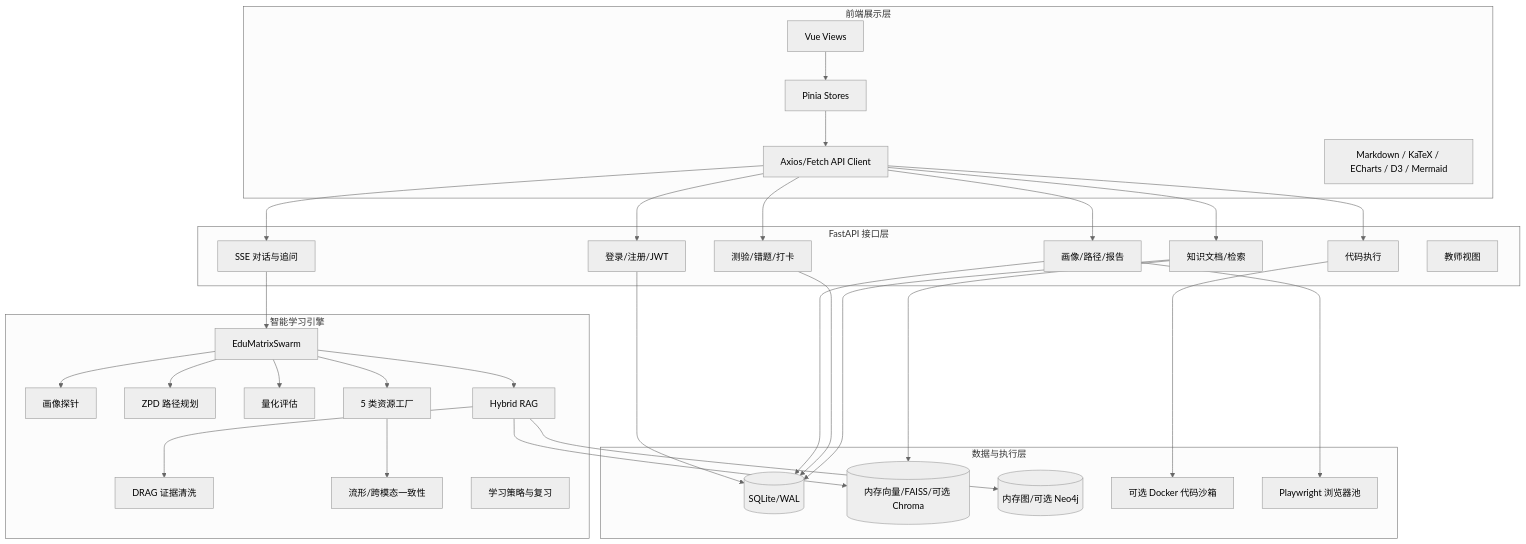
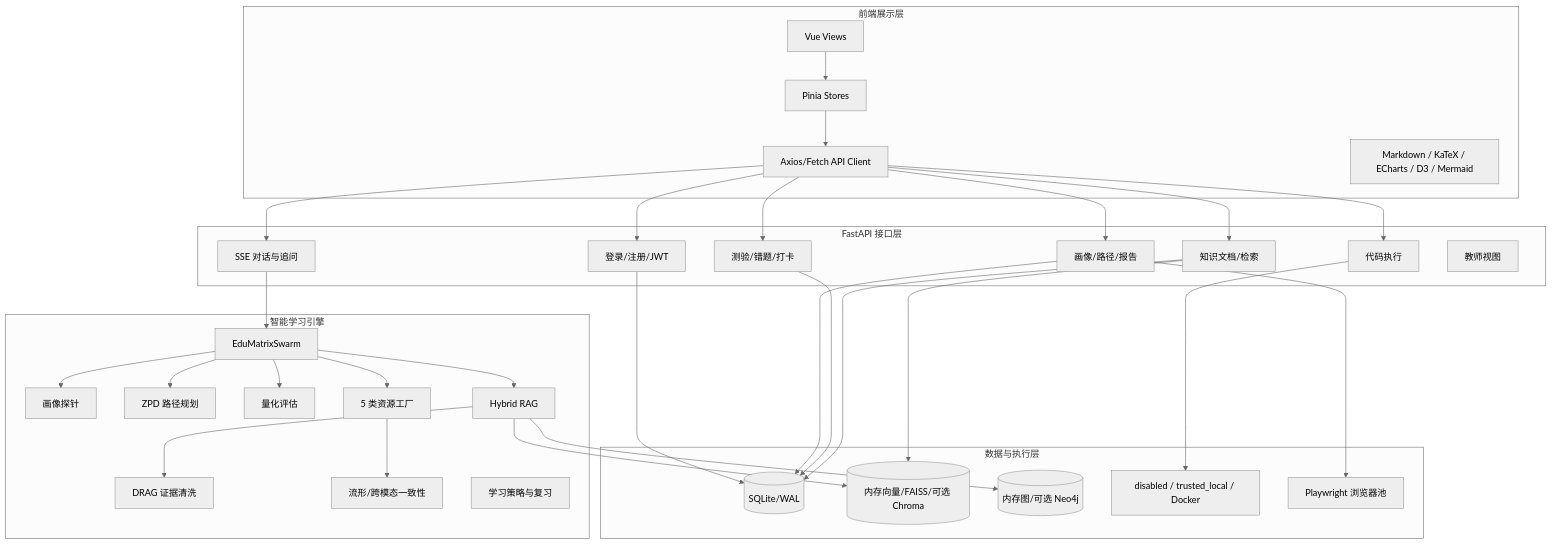
Before and after one commit to jkl-66/edumatrix: the second of 5 diagrams in outputs/EduMatrix_完整技术文档总稿.md, drawn with Mermaid (neutral theme). The commit also changed other lines of this file and 270 other files, not shown here.

````diff
--- a/outputs/EduMatrix_完整技术文档总稿.md
+++ b/outputs/EduMatrix_完整技术文档总稿.md
@@ -171,65 +185,65 @@
 ```mermaid
 graph TB
   subgraph FE[前端展示层]
     Views[Vue Views]
     Stores[Pinia Stores]
     APIClient[Axios/Fetch API Client]
     Render[Markdown / KaTeX / ECharts / D3 / Mermaid]
   end
 
   subgraph API[FastAPI 接口层]
     Auth[登录/注册/JWT]
     Stream[SSE 对话与追问]
     Profile[画像/路径/报告]
     Quiz[测验/错题/打卡]
     Knowledge[知识文档/检索]
     Code[代码执行]
     Teacher[教师视图]
   end
 
   subgraph AI[智能学习引擎]
     Swarm[EduMatrixSwarm]
     Probe[画像探针]
     Planner[ZPD 路径规划]
     Evaluator[量化评估]
     Factory[5 类资源工厂]
     RAG[Hybrid RAG]
     Debate[DRAG 证据清洗]
     Alignment[流形/跨模态一致性]
     Strategy[学习策略与复习]
   end
 
   subgraph DATA[数据与执行层]
     SQLite[(SQLite/WAL)]
     Vector[(内存向量/FAISS/可选 Chroma)]
     Graph[(内存图/可选 Neo4j)]
-    Sandbox[可选 Docker 代码沙箱]
+    Sandbox[disabled / trusted_local / Docker]
     Browser[Playwright 浏览器池]
   end
 
   Views --> Stores
   Stores --> APIClient
   APIClient --> Auth
   APIClient --> Stream
   APIClient --> Profile
   APIClient --> Quiz
   APIClient --> Knowledge
   APIClient --> Code
   Stream --> Swarm
   Swarm --> Probe
   Swarm --> Planner
   Swarm --> Evaluator
   Swarm --> RAG
   RAG --> Debate
   Swarm --> Factory
   Factory --> Alignment
   Auth --> SQLite
   Profile --> SQLite
   Quiz --> SQLite
   Knowledge --> SQLite
   Knowledge --> Vector
   RAG --> Vector
   RAG --> Graph
   Code --> Sandbox
   Profile --> Browser
 ```
````
